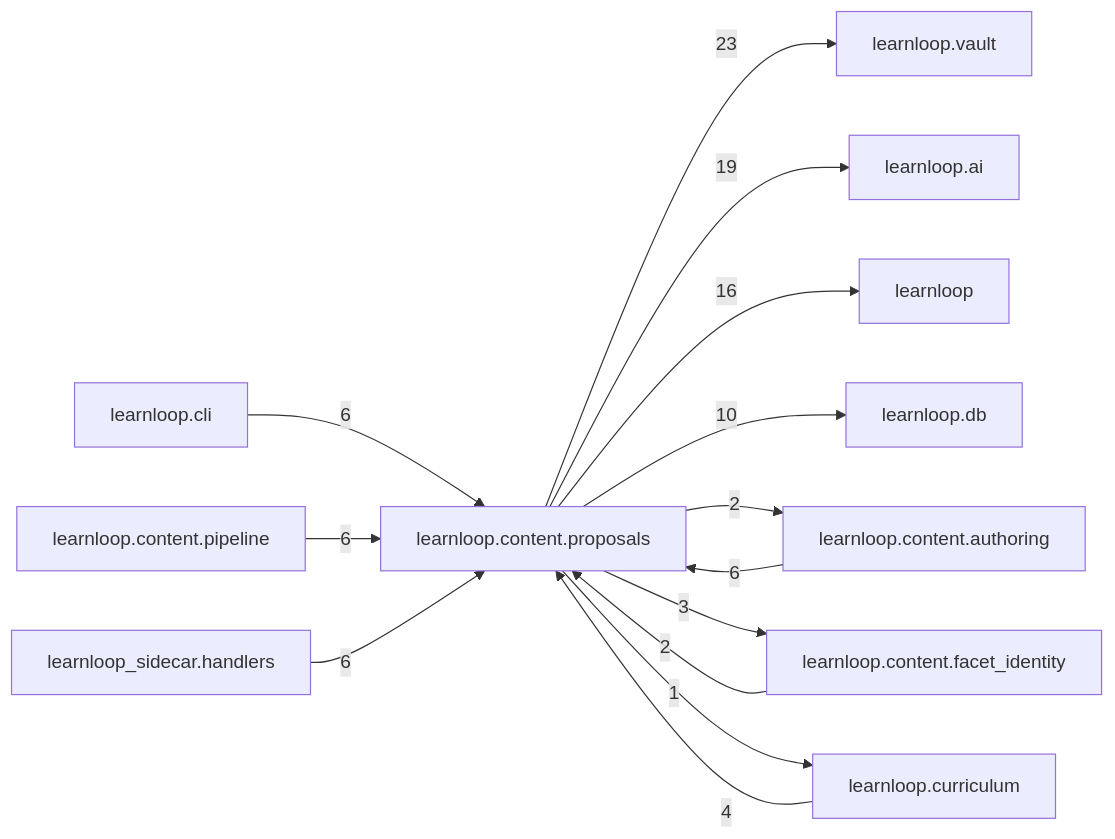
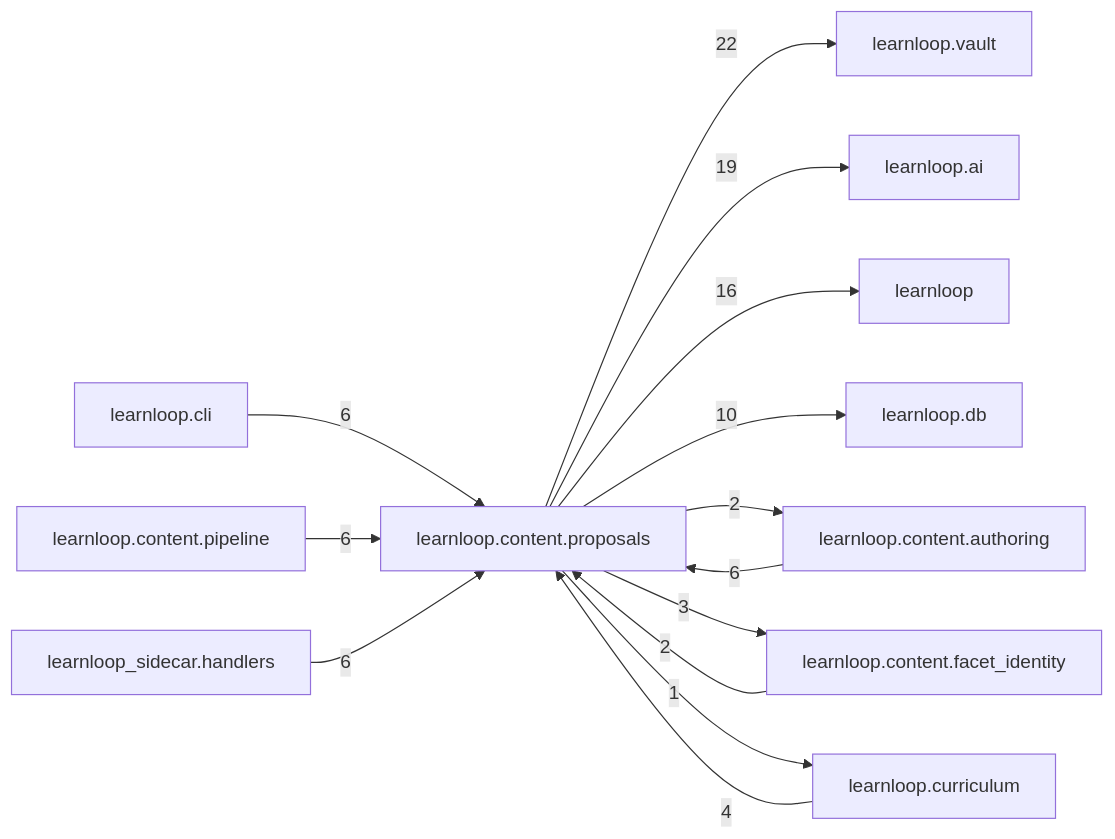
Before and after one commit to 6up-b/learnanything: the diagram in docs/learnloop-architecture-vault/Reference/Modules/learnloop/content/proposals/_package.md, drawn with Mermaid. The commit also changed other lines of this file and 209 other files, not shown here.

````diff
--- a/docs/learnloop-architecture-vault/Reference/Modules/learnloop/content/proposals/_package.md
+++ b/docs/learnloop-architecture-vault/Reference/Modules/learnloop/content/proposals/_package.md
@@ -103,27 +103,27 @@
 ```mermaid
 flowchart LR
     center["learnloop.content.proposals"]
     n_learnloop_vault["learnloop.vault"]
     n_learnloop_ai["learnloop.ai"]
     n_learnloop["learnloop"]
     n_learnloop_db["learnloop.db"]
     n_learnloop_content_authoring["learnloop.content.authoring"]
     n_learnloop_cli["learnloop.cli"]
     n_learnloop_content_pipeline["learnloop.content.pipeline"]
     n_learnloop_sidecar_handlers["learnloop_sidecar.handlers"]
     n_learnloop_content_facet_identity["learnloop.content.facet_identity"]
     n_learnloop_curriculum["learnloop.curriculum"]
-    center -->|23| n_learnloop_vault
+    center -->|22| n_learnloop_vault
     center -->|19| n_learnloop_ai
     center -->|16| n_learnloop
     center -->|10| n_learnloop_db
     n_learnloop_content_authoring -->|6| center
     center -->|2| n_learnloop_content_authoring
     n_learnloop_cli -->|6| center
     n_learnloop_content_pipeline -->|6| center
     n_learnloop_sidecar_handlers -->|6| center
     n_learnloop_content_facet_identity -->|2| center
     center -->|3| n_learnloop_content_facet_identity
     n_learnloop_curriculum -->|4| center
     center -->|1| n_learnloop_curriculum
 ```
````
